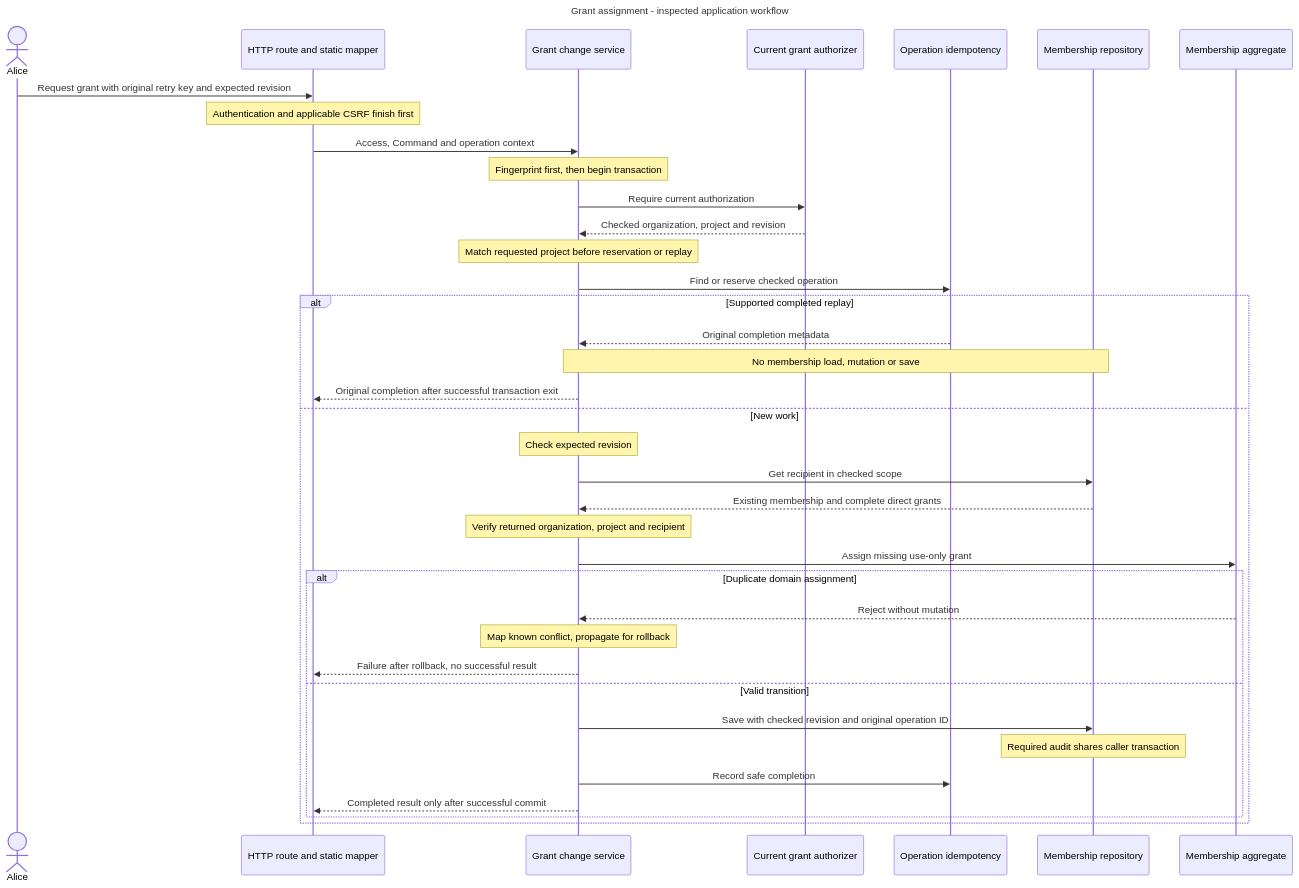
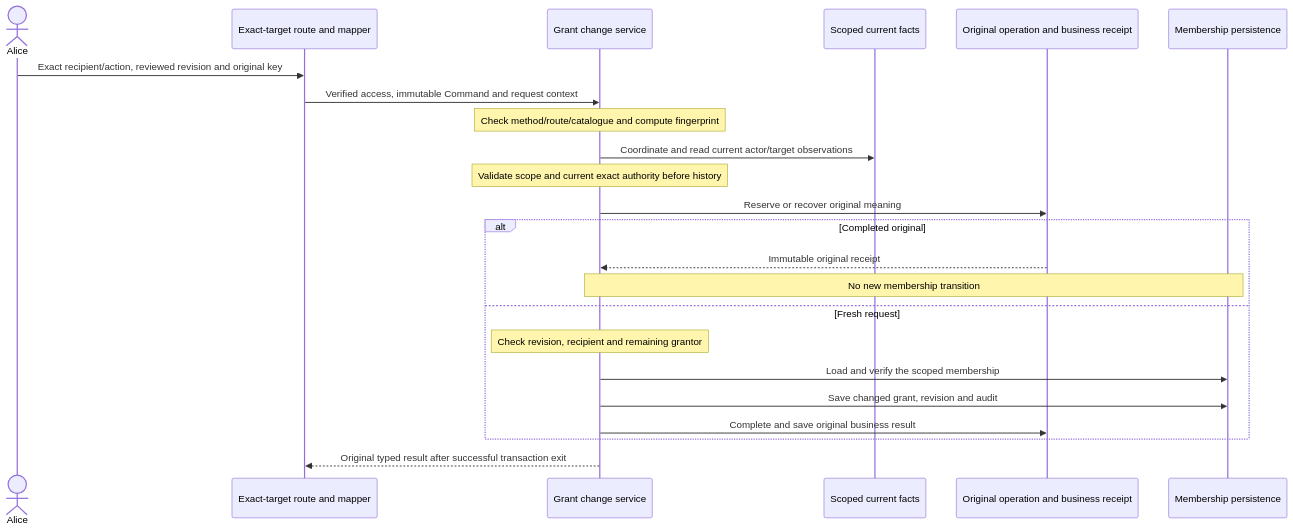
Before and after one commit to matejpalenik/inframeld: the second of 3 diagrams in .agents/skills/inframeld-access-models/references/architecture.md, drawn with Mermaid. The commit also changed other lines of this file and 267 other files, not shown here.

First line of the commit message:
feat(access): complete exact grant administration (#356)

````diff
--- a/.agents/skills/inframeld-access-models/references/architecture.md
+++ b/.agents/skills/inframeld-access-models/references/architecture.md
@@ -95,42 +95,25 @@
 ```mermaid
----
-title: "Grant assignment - inspected application workflow"
----
 sequenceDiagram
     actor Alice
-    participant HTTP as HTTP route and static mapper
+    participant HTTP as Exact-target route and mapper
     participant Service as Grant change service
-    participant Auth as Current grant authorizer
-    participant Retry as Operation idempotency
-    participant Repo as Membership repository
-    participant Member as Membership aggregate
-    Alice->>HTTP: Request grant with original retry key and expected revision
-    Note over HTTP: Authentication and applicable CSRF finish first
-    HTTP->>Service: Access, Command and operation context
-    Note over Service: Fingerprint first, then begin transaction
-    Service->>Auth: Require current authorization
-    Auth-->>Service: Checked organization, project and revision
-    Note over Service: Match requested project before reservation or replay
-    Service->>Retry: Find or reserve checked operation
-    alt Supported completed replay
-        Retry-->>Service: Original completion metadata
-        Note over Service,Repo: No membership load, mutation or save
-        Service-->>HTTP: Original completion after successful transaction exit
-    else New work
-        Note over Service: Check expected revision
-        Service->>Repo: Get recipient in checked scope
-        Repo-->>Service: Existing membership and complete direct grants
-        Note over Service: Verify returned organization, project and recipient
-        Service->>Member: Assign missing use-only grant
-        alt Duplicate domain assignment
-            Member-->>Service: Reject without mutation
-            Note over Service: Map known conflict, propagate for rollback
-            Service-->>HTTP: Failure after rollback, no successful result
-        else Valid transition
-            Service->>Repo: Save with checked revision and original operation ID
-            Note over Repo: Required audit shares caller transaction
-            Service->>Retry: Record safe completion
-            Service-->>HTTP: Completed result only after successful commit
-        end
+    participant Facts as Scoped current facts
+    participant Retry as Original operation and business receipt
+    participant Repo as Membership persistence
+    Alice->>HTTP: Exact recipient/action, reviewed revision and original key
+    HTTP->>Service: Verified access, immutable Command and request context
+    Note over Service: Check method/route/catalogue and compute fingerprint
+    Service->>Facts: Coordinate and read current actor/target observations
+    Note over Service: Validate scope and current exact authority before history
+    Service->>Retry: Reserve or recover original meaning
+    alt Completed original
+        Retry-->>Service: Immutable original receipt
+        Note over Service,Repo: No new membership transition
+    else Fresh request
+        Note over Service: Check revision, recipient and remaining grantor
+        Service->>Repo: Load and verify the scoped membership
+        Service->>Repo: Save changed grant, revision and audit
+        Service->>Retry: Complete and save original business result
     end
+    Service-->>HTTP: Original typed result after successful transaction exit
 ```
````
